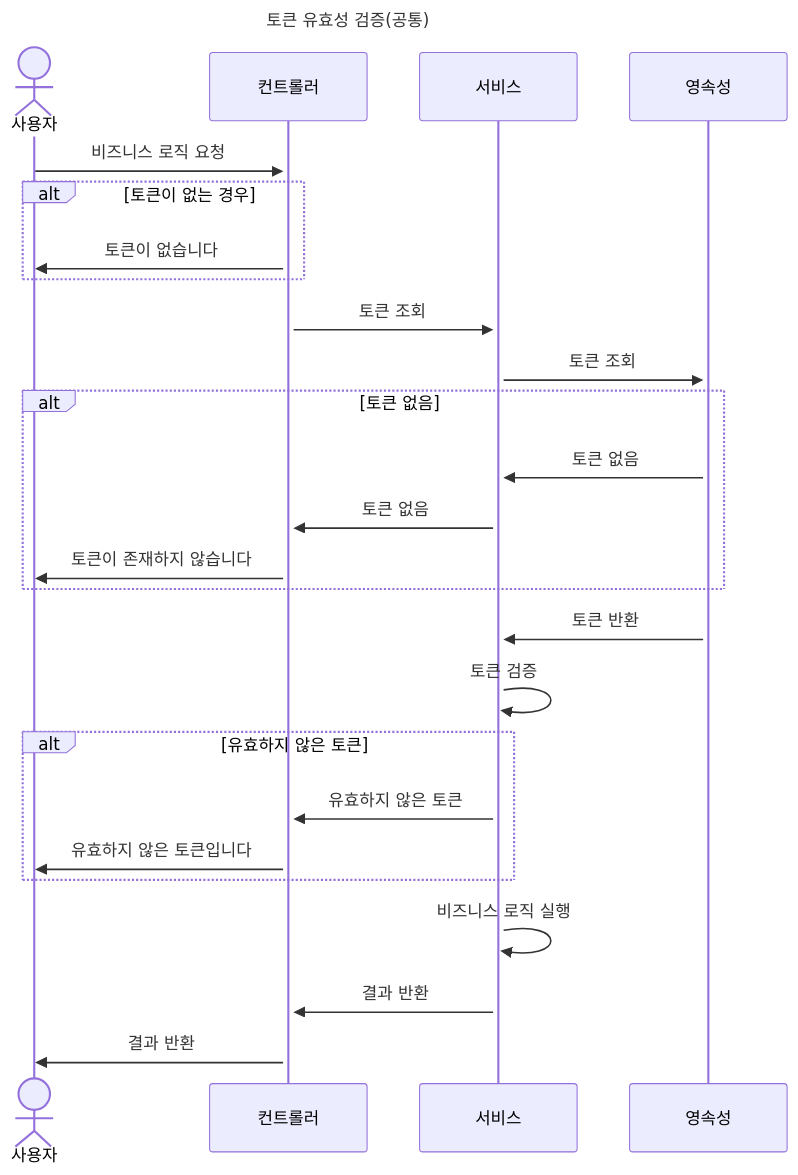
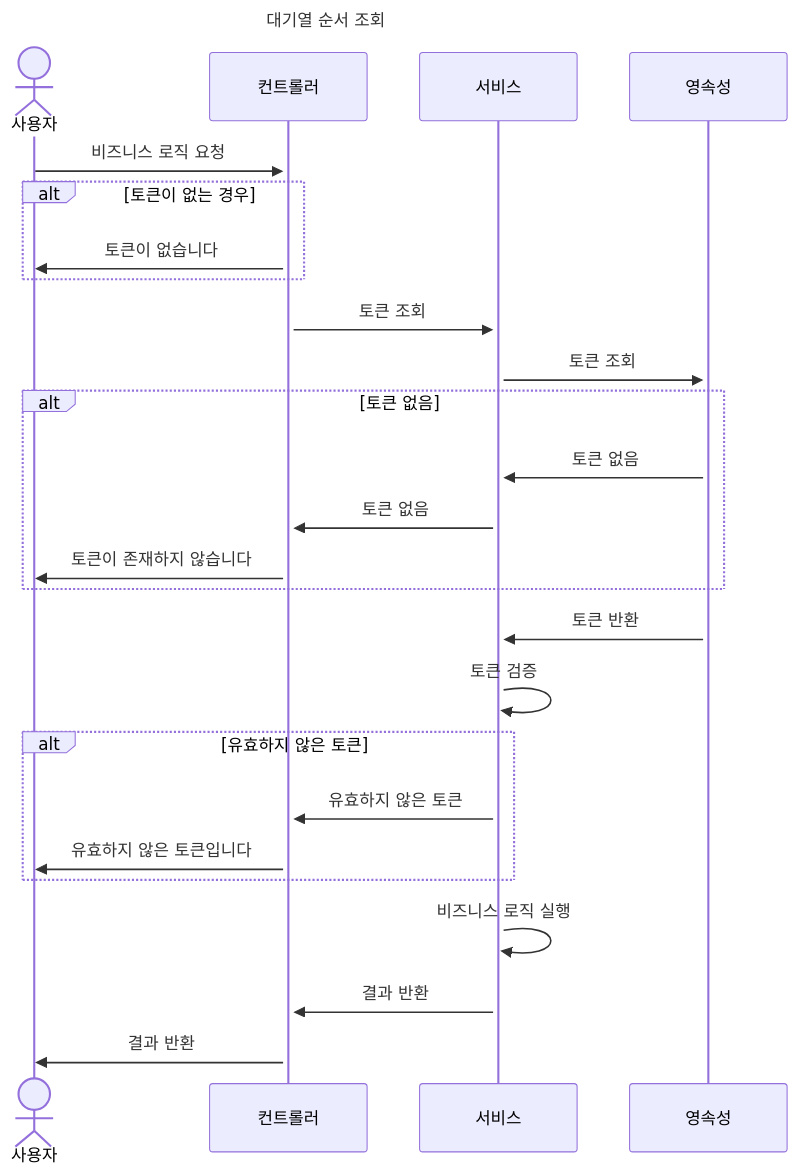
The second of 5 diagrams in doc/sequence_diagram.md (chawchaw/concert), drawn with Mermaid before and after one commit. The commit also changed other lines of this file and 46 other files, not shown here.

````diff
--- a/doc/sequence_diagram.md
+++ b/doc/sequence_diagram.md
@@ -46,29 +29,29 @@
 ```mermaid
 sequenceDiagram
-    title 토큰 유효성 검증(공통)
+    title 대기열 순서 조회
     actor U as 사용자 
     participant C as 컨트롤러
     participant S as 서비스
     participant P as 영속성
 
     U->>+C: 비즈니스 로직 요청
     alt 토큰이 없는 경우
         C->>U: 토큰이 없습니다
     end
     C->>+S: 토큰 조회
     S->>+P: 토큰 조회
     alt 토큰 없음
         P->>S: 토큰 없음
 	    S->>C: 토큰 없음
 	    C->>U: 토큰이 존재하지 않습니다
     end
     P->>S: 토큰 반환
     S->>S: 토큰 검증
     alt 유효하지 않은 토큰
 	    S->>C: 유효하지 않은 토큰
 	    C->>U: 유효하지 않은 토큰입니다
     end
     S->>S: 비즈니스 로직 실행
     S->>C: 결과 반환
     C->>U: 결과 반환
 ```
````
